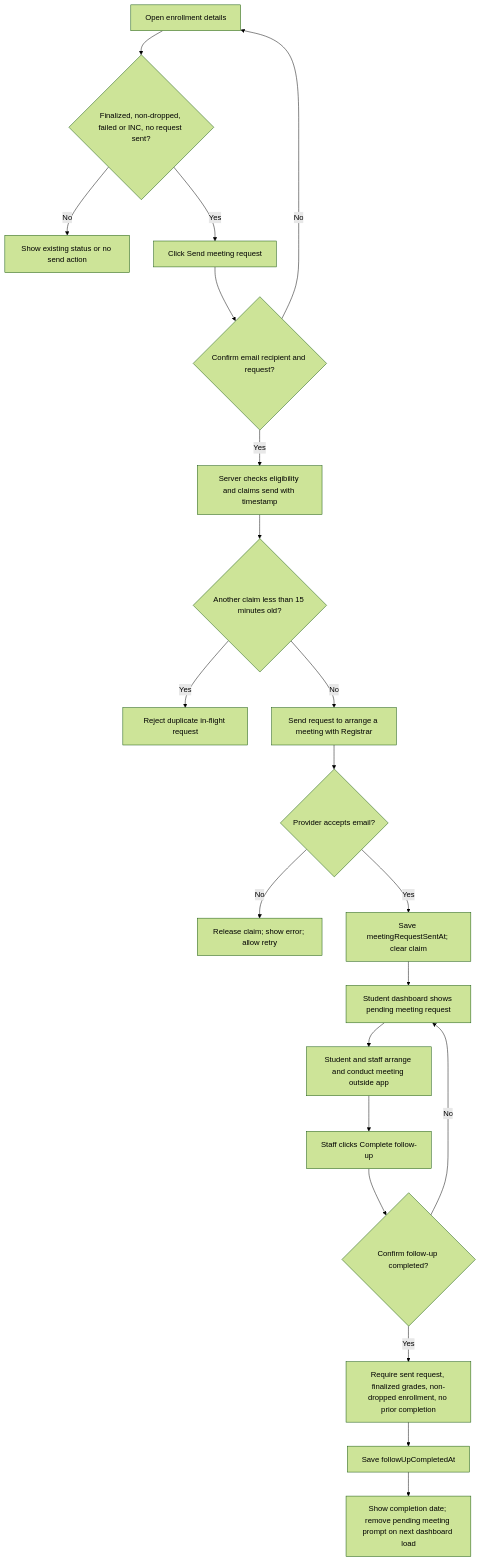
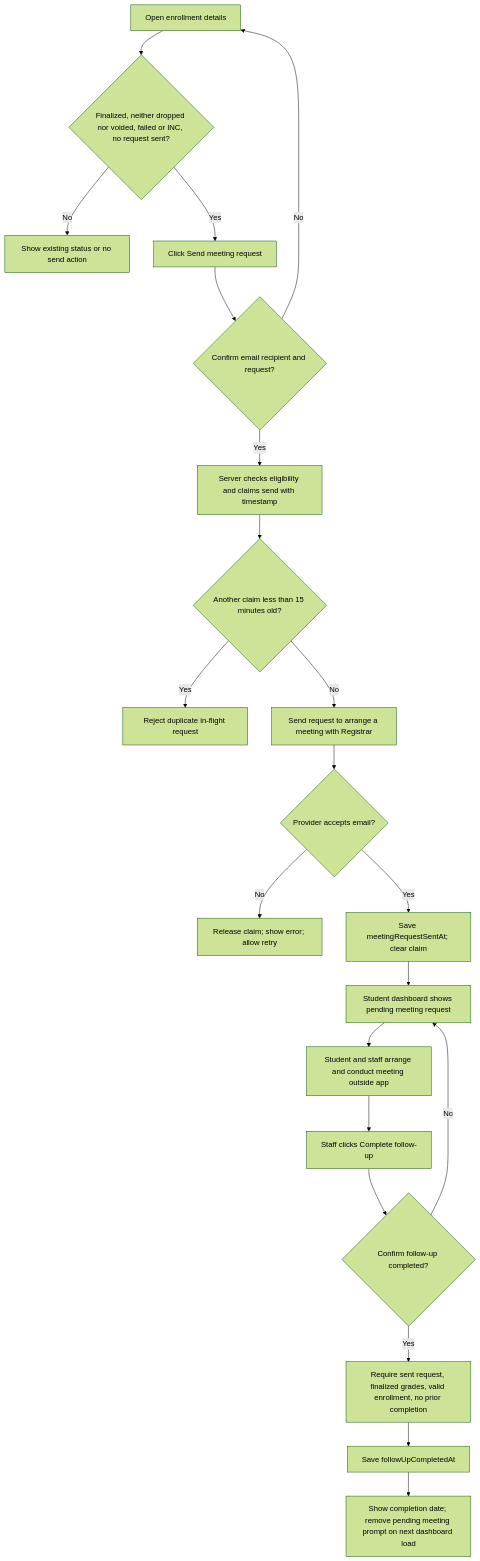
Before and after one commit to AetherKnowledge/enrollment-system: the tenth of 17 diagrams in docs/system-flows.md, drawn with Mermaid (forest theme). The commit also changed other lines of this file and 36 other files, not shown here.

````diff
--- a/docs/system-flows.md
+++ b/docs/system-flows.md
@@ -322,23 +381,23 @@
 ```mermaid
 flowchart TD
-    View[Open enrollment details] --> Eligible{Finalized, non-dropped, failed or INC, no request sent?}
+    View[Open enrollment details] --> Eligible{Finalized, neither dropped nor voided, failed or INC, no request sent?}
     Eligible -->|No| Status[Show existing status or no send action]
     Eligible -->|Yes| Click[Click Send meeting request]
     Click --> Confirm{Confirm email recipient and request?}
     Confirm -->|No| View
     Confirm -->|Yes| Claim[Server checks eligibility and claims send with timestamp]
     Claim --> InFlight{Another claim less than 15 minutes old?}
     InFlight -->|Yes| Busy[Reject duplicate in-flight request]
     InFlight -->|No| Email[Send request to arrange a meeting with Registrar]
     Email --> Sent{Provider accepts email?}
     Sent -->|No| Retry[Release claim; show error; allow retry]
     Sent -->|Yes| Record[Save meetingRequestSentAt; clear claim]
     Record --> Dashboard[Student dashboard shows pending meeting request]
     Dashboard --> Meeting[Student and staff arrange and conduct meeting outside app]
     Meeting --> Close[Staff clicks Complete follow-up]
     Close --> ConfirmClose{Confirm follow-up completed?}
     ConfirmClose -->|No| Dashboard
-    ConfirmClose -->|Yes| Check[Require sent request, finalized grades, non-dropped enrollment, no prior completion]
+    ConfirmClose -->|Yes| Check[Require sent request, finalized grades, valid enrollment, no prior completion]
     Check --> Save[Save followUpCompletedAt]
     Save --> Done[Show completion date; remove pending meeting prompt on next dashboard load]
 ```
````
